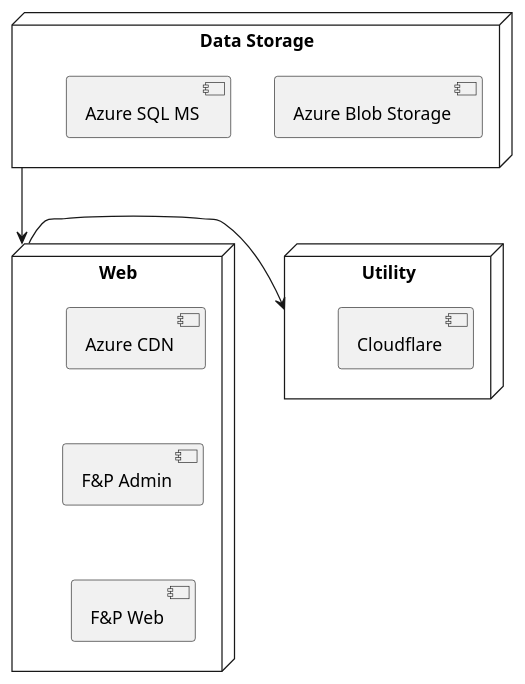
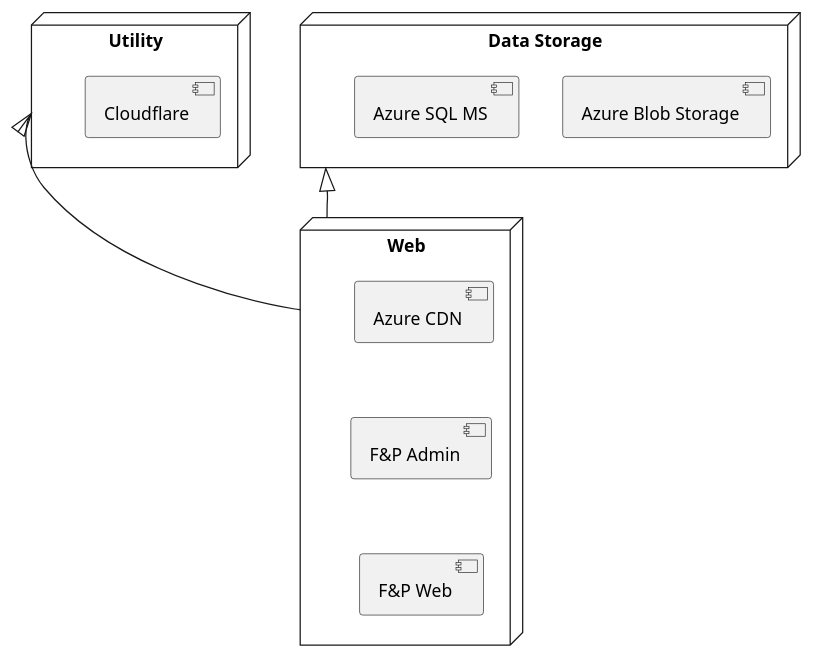
Before and after one commit to bearandhammer/knowledge-vault: the first of 2 diagrams in obsidian-vault/🐸 Frog & Pencil/Architecture Diagram.md, drawn with PlantUML.

Commit message:
Lews PC vault backup: 06/04/2022 21:42:59
Affected files:
obsidian-vault/🐸 Frog & Pencil/Architecture Diagram.md

````diff
--- a/obsidian-vault/🐸 Frog & Pencil/Architecture Diagram.md
+++ b/obsidian-vault/🐸 Frog & Pencil/Architecture Diagram.md
@@ -9,22 +9,25 @@
 ```plantuml
 node "Data Storage" as DS {
 [Azure Blob Storage] as ABS
 [Azure SQL MS] as ASMS
 }
 
 node "Web" as WEB {
 [Azure CDN] as ACDN
 [F&P Web] as FPW
 [F&P Admin] as FPA
 
 ACDN -[hidden]d-> FPA
 FPA -[hidden]d-> FPW
 }
 
 node "Utility" as UT {
 [Cloudflare] as CF
 }
 
-DS --d-> WEB
-WEB --r-> UT
+DS -[hidden]d-> WEB
+WEB -[hidden]r-> UT
+
+DS <|-- WEB
+UT <|-- WEB
 ```
````
